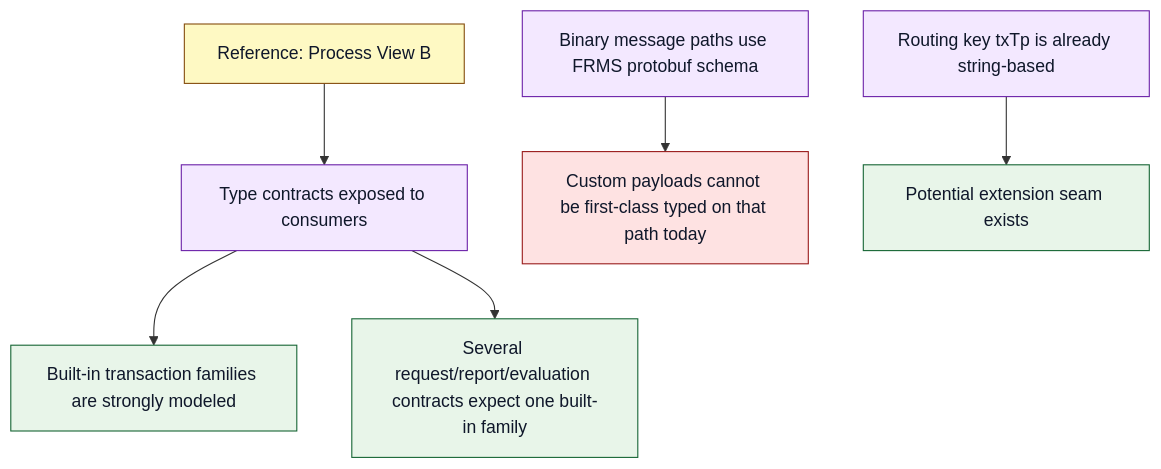
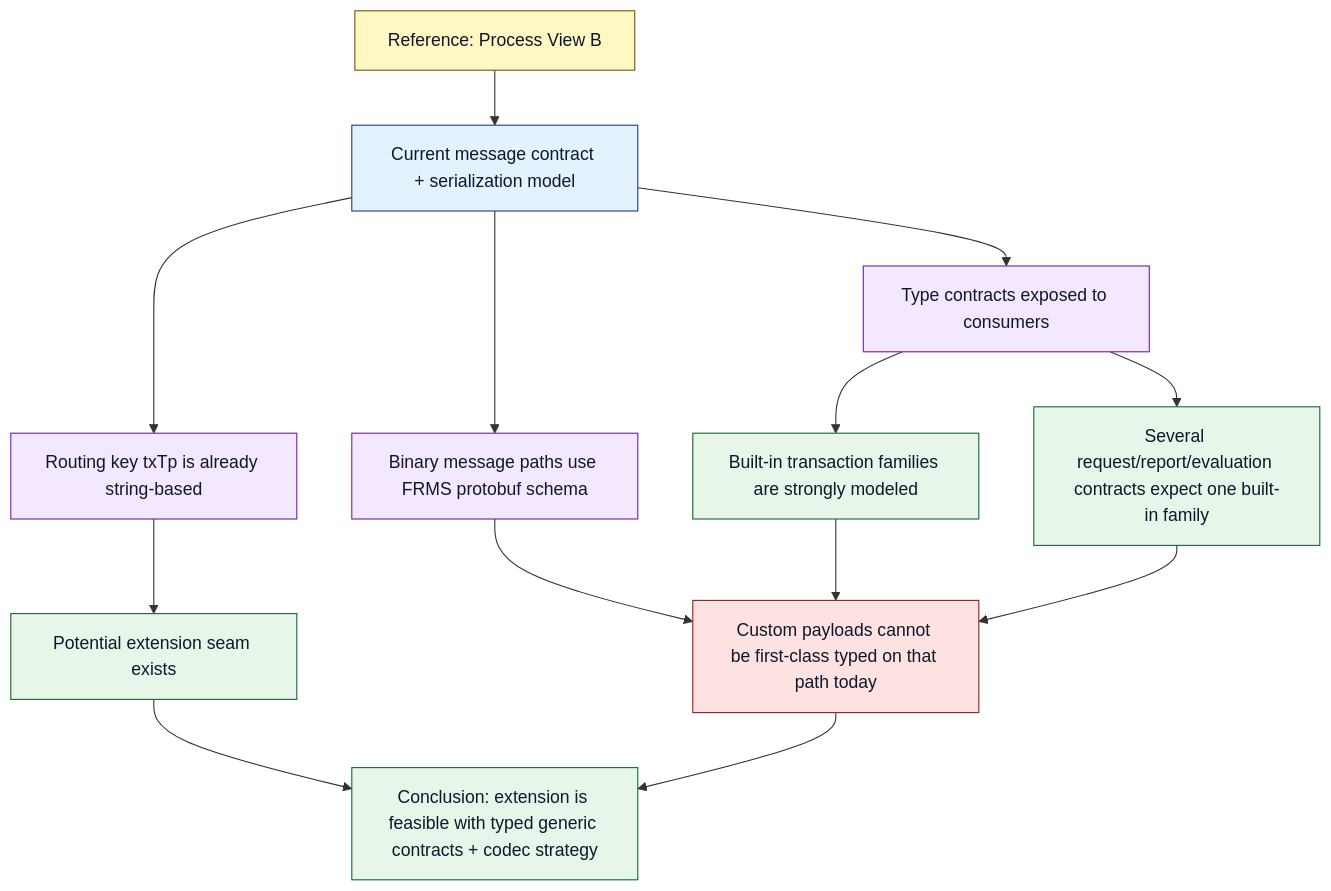
The third of 5 diagrams in ReadMe.md (ahmad-paysys/proposal-frms-coe-lib), drawn with Mermaid before and after one commit. The commit also changed other lines of this file, not shown here.

Commit message:
ADR addition so the decisions we are making can be justified

````diff
--- a/ReadMe.md
+++ b/ReadMe.md
@@ -103,15 +128,24 @@
 ```mermaid
 flowchart TB
   classDef ser fill:#F3E8FF,stroke:#6B21A8,color:#0F172A,stroke-width:1px;
   classDef built fill:#E8F5E9,stroke:#166534,color:#0F172A,stroke-width:1px;
   classDef risk fill:#FEE2E2,stroke:#991B1B,color:#0F172A,stroke-width:1px;
   classDef note fill:#FEF9C3,stroke:#854D0E,color:#0F172A,stroke-width:1px;
+  classDef hub fill:#E3F2FD,stroke:#1E3A8A,color:#0F172A,stroke-width:1px;
 
-  ST[Type contracts exposed to consumers]:::ser --> B1[Built-in transaction families are strongly modeled]:::built
+  NPREV[Reference: Process View B]:::note --> CH[Current message contract + serialization model]:::hub
+  CH --> ST[Type contracts exposed to consumers]:::ser
+  CH --> S1[Binary message paths use FRMS protobuf schema]:::ser
+  CH --> S2[Routing key txTp is already string-based]:::ser
+
+  ST --> B1[Built-in transaction families are strongly modeled]:::built
   ST --> B2[Several request/report/evaluation contracts expect one built-in family]:::built
 
-  S1[Binary message paths use FRMS protobuf schema]:::ser --> R1[Custom payloads cannot be first-class typed on that path today]:::risk
-  S2[Routing key txTp is already string-based]:::ser --> O1[Potential extension seam exists]:::built
+  S1 --> R1[Custom payloads cannot be first-class typed on that path today]:::risk
+  S2 --> O1[Potential extension seam exists]:::built
 
-  NPREV[Reference: Process View B]:::note --> ST
+  B1 --> R1
+  B2 --> R1
+  O1 --> CEND[Conclusion: extension is feasible with typed generic contracts + codec strategy]:::built
+  R1 --> CEND
 ```
````
